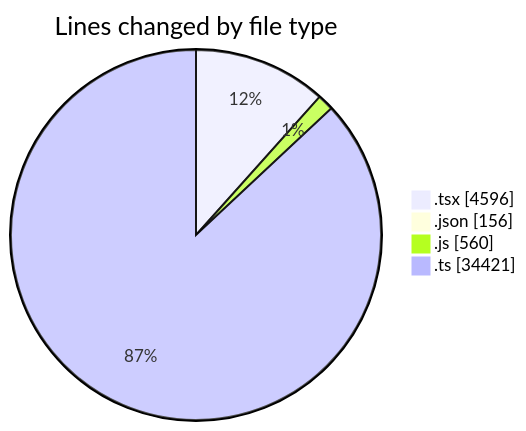
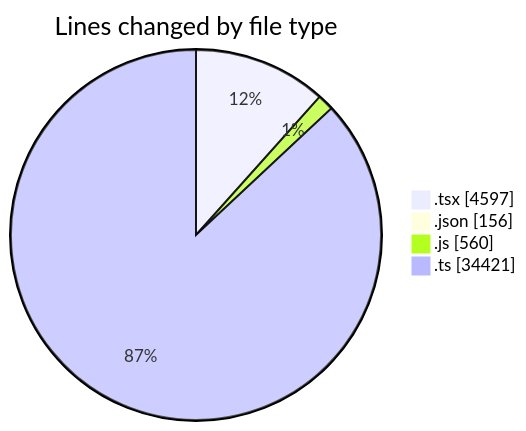
The first of 2 diagrams in 2025-11-10/cda/README.md (momahboobian/code-tracking), drawn with Mermaid before and after one commit. The commit also changed other lines of this file and 1 other file, not shown here.

````diff
--- a/2025-11-10/cda/README.md
+++ b/2025-11-10/cda/README.md
@@ -43,8 +43,8 @@
 ```mermaid
 pie showData
 title Lines changed by file type
-".tsx" : 4596
+".tsx" : 4597
 ".json" : 156
 ".js" : 560
 ".ts" : 34421
 ```
````
